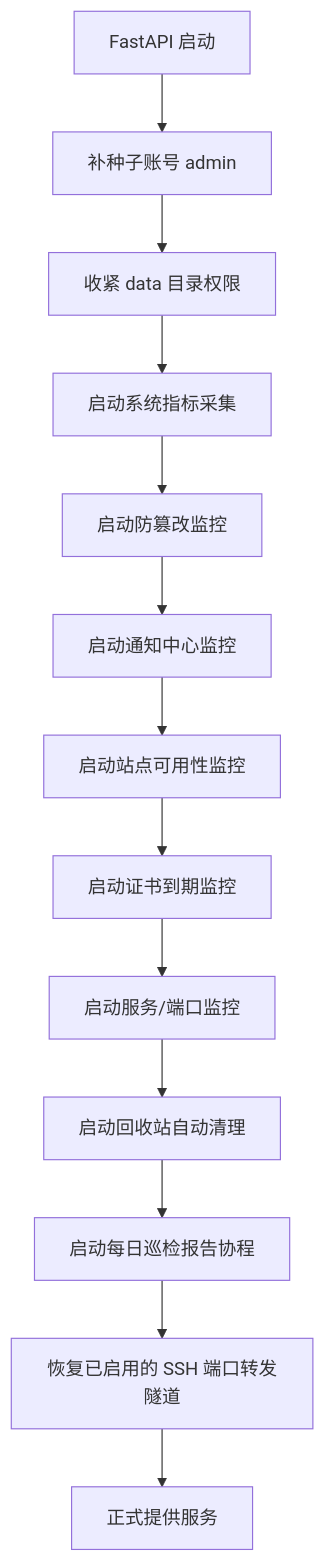
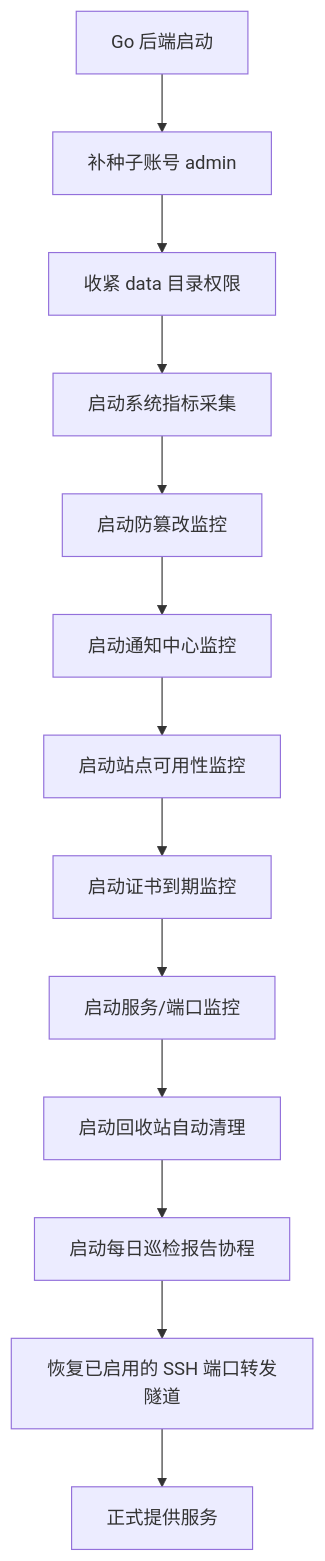
The second of 2 diagrams in GETMEREAD/01-项目架构与启动.md (wuhulab/Graw), drawn with Mermaid before and after one commit. The commit also changed other lines of this file and 27 other files, not shown here.

````diff
--- a/GETMEREAD/01-项目架构与启动.md
+++ b/GETMEREAD/01-项目架构与启动.md
@@ -44,15 +44,15 @@
 ```mermaid
 flowchart TD
-    S[FastAPI 启动] --> A[补种子账号 admin]
+    S[Go 后端启动] --> A[补种子账号 admin]
     A --> B[收紧 data 目录权限]
     B --> C[启动系统指标采集]
     C --> D[启动防篡改监控]
     D --> E[启动通知中心监控]
     E --> F[启动站点可用性监控]
     F --> G[启动证书到期监控]
     G --> H[启动服务/端口监控]
     H --> H1[启动回收站自动清理]
     H1 --> H2[启动每日巡检报告协程]
     H2 --> H3[恢复已启用的 SSH 端口转发隧道]
     H3 --> I[正式提供服务]
 ```
````
